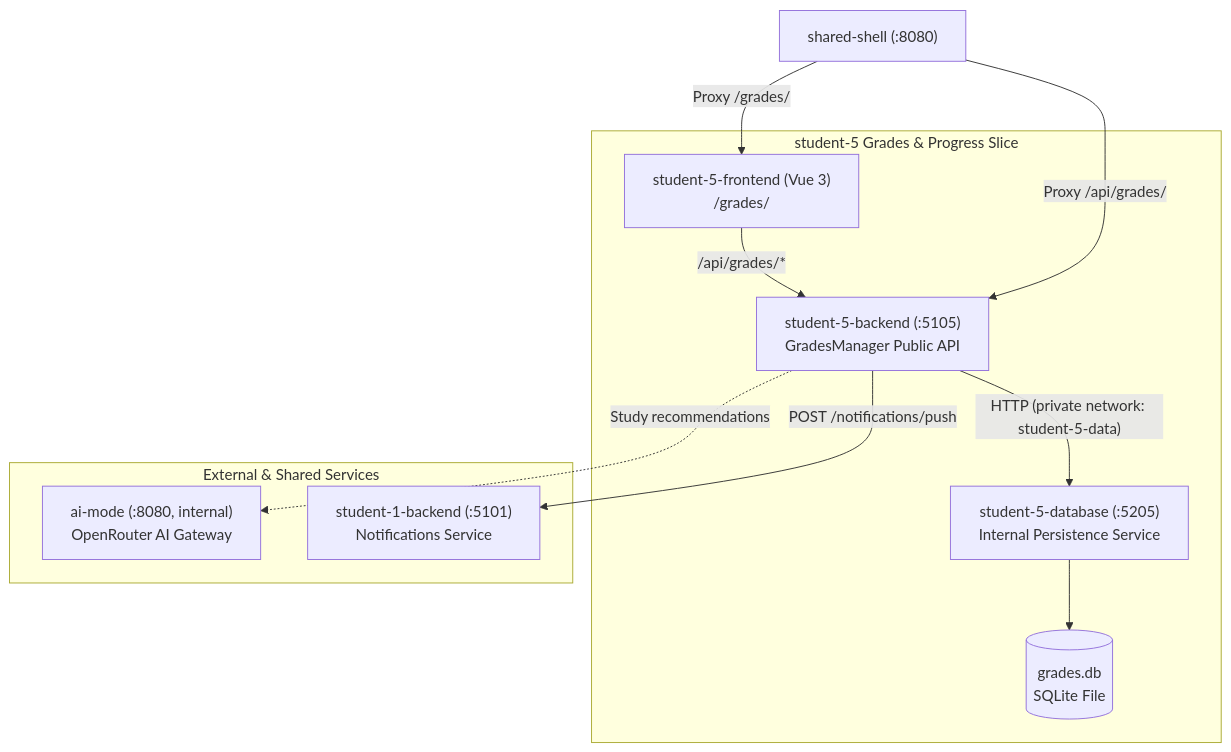
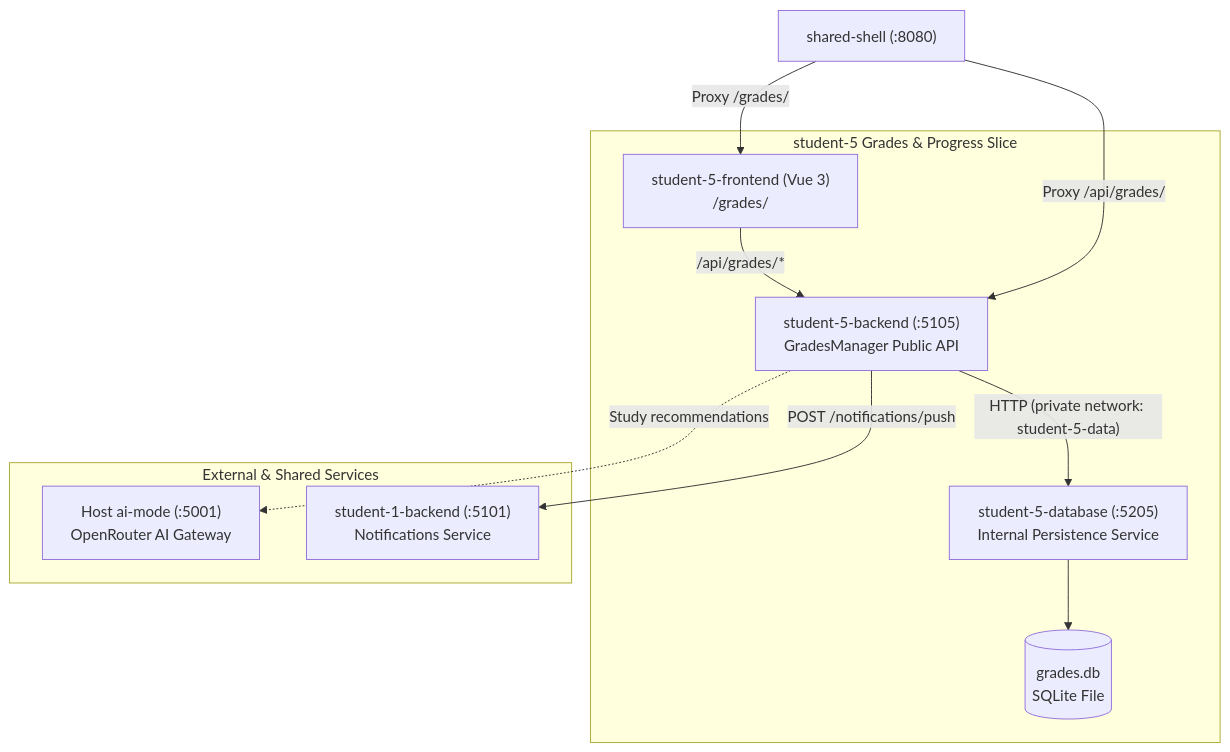
One commit to AmAComputerNerd/41026--software-development-project changed the diagram in student-5/README.md. Above: the diagram before and after it, drawn with Mermaid. The commit also changed 23 other files, not shown here.

````diff
--- a/student-5/README.md
+++ b/student-5/README.md
@@ -24,26 +24,26 @@
 ```mermaid
 flowchart TD
     Shell["shared-shell (:8080)"]
 
     subgraph Student5Slice["student-5 Grades & Progress Slice"]
         FE["student-5-frontend (Vue 3)<br>/grades/"]
         BE["student-5-backend (:5105)<br>GradesManager Public API"]
         DB["student-5-database (:5205)<br>Internal Persistence Service"]
         Storage[("grades.db<br>SQLite File")]
         
         FE -- "/api/grades/*" --> BE
         BE -- "HTTP (private network: student-5-data)" --> DB
         DB --> Storage
     end
 
     subgraph ExternalServices["External & Shared Services"]
-        AIM["ai-mode (:8080, internal)<br>OpenRouter AI Gateway"]
+        AIM["Host ai-mode (:5001)<br>OpenRouter AI Gateway"]
         S1["student-1-backend (:5101)<br>Notifications Service"]
     end
 
     Shell -- "Proxy /grades/" --> FE
     Shell -- "Proxy /api/grades/" --> BE
 
     BE -. "Study recommendations" .-> AIM
     BE -- "POST /notifications/push" --> S1
 ```
````
